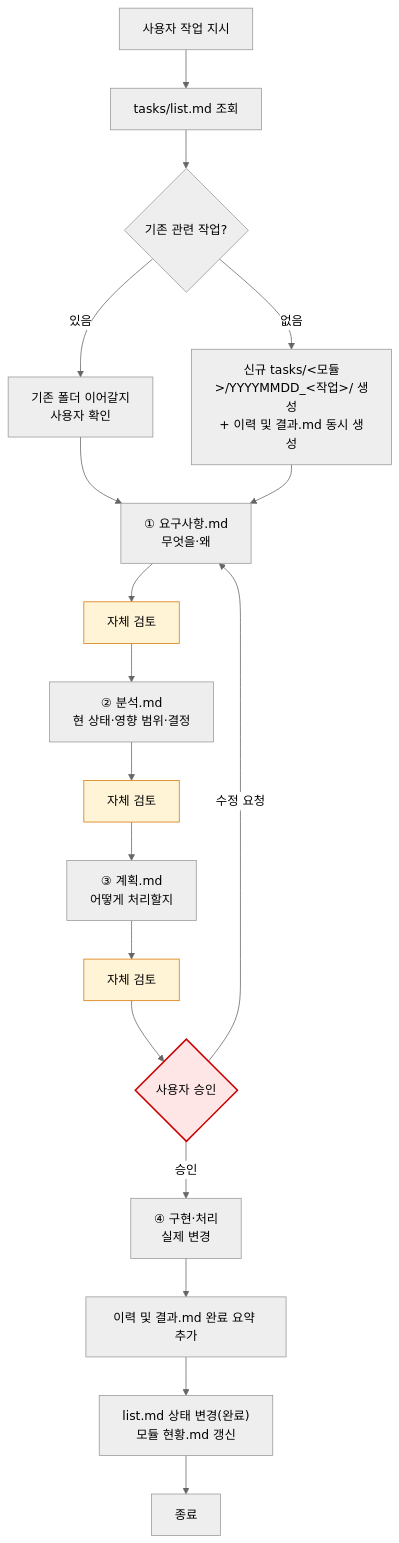
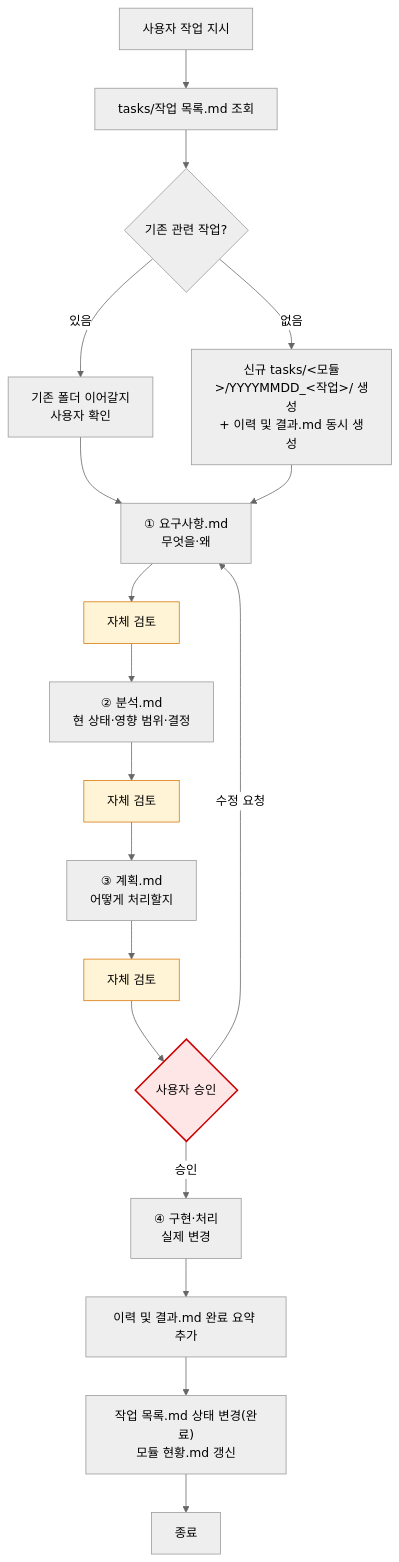
The diagram in docs/지침/일반/작업/4단계-프로세스.md (eskim-todoc/claude), drawn with Mermaid (neutral theme) before and after one commit. The commit also changed 53 other files, not shown here.

First line of the commit message:
refactor(tasks): list.md → 작업 목록.md rename + cross-link 일괄 갱신 (Step 9 fixup)

````diff
--- a/docs/지침/일반/작업/4단계-프로세스.md
+++ b/docs/지침/일반/작업/4단계-프로세스.md
@@ -16,26 +16,26 @@
 ```mermaid
 flowchart TD
-    A["사용자 작업 지시"] --> B[tasks/list.md 조회]
+    A["사용자 작업 지시"] --> B[tasks/작업 목록.md 조회]
     B --> C{기존 관련 작업?}
     C -->|있음| D[기존 폴더 이어갈지<br/>사용자 확인]
     C -->|없음| E[신규 tasks/&lt;모듈&gt;/YYYYMMDD_&lt;작업&gt;/ 생성<br/>+ 이력 및 결과.md 동시 생성]
     D --> F
     E --> F
     F["① 요구사항.md<br/>무엇을·왜"]
     F --> F1["자체 검토"]
     F1 --> G["② 분석.md<br/>현 상태·영향 범위·결정"]
     G --> G1["자체 검토"]
     G1 --> H["③ 계획.md<br/>어떻게 처리할지"]
     H --> H1["자체 검토"]
     H1 --> I{사용자 승인}
     I -->|수정 요청| F
     I -->|승인| J["④ 구현·처리<br/>실제 변경"]
     J --> K["이력 및 결과.md 완료 요약 추가"]
-    K --> L["list.md 상태 변경(완료)<br/>모듈 현황.md 갱신"]
+    K --> L["작업 목록.md 상태 변경(완료)<br/>모듈 현황.md 갱신"]
     L --> M[종료]
 
     classDef review fill:#fff4d6,stroke:#d97706
     classDef approval fill:#ffe6e6,stroke:#c00,stroke-width:2px
     class F1,G1,H1 review
     class I approval
 ```
````
